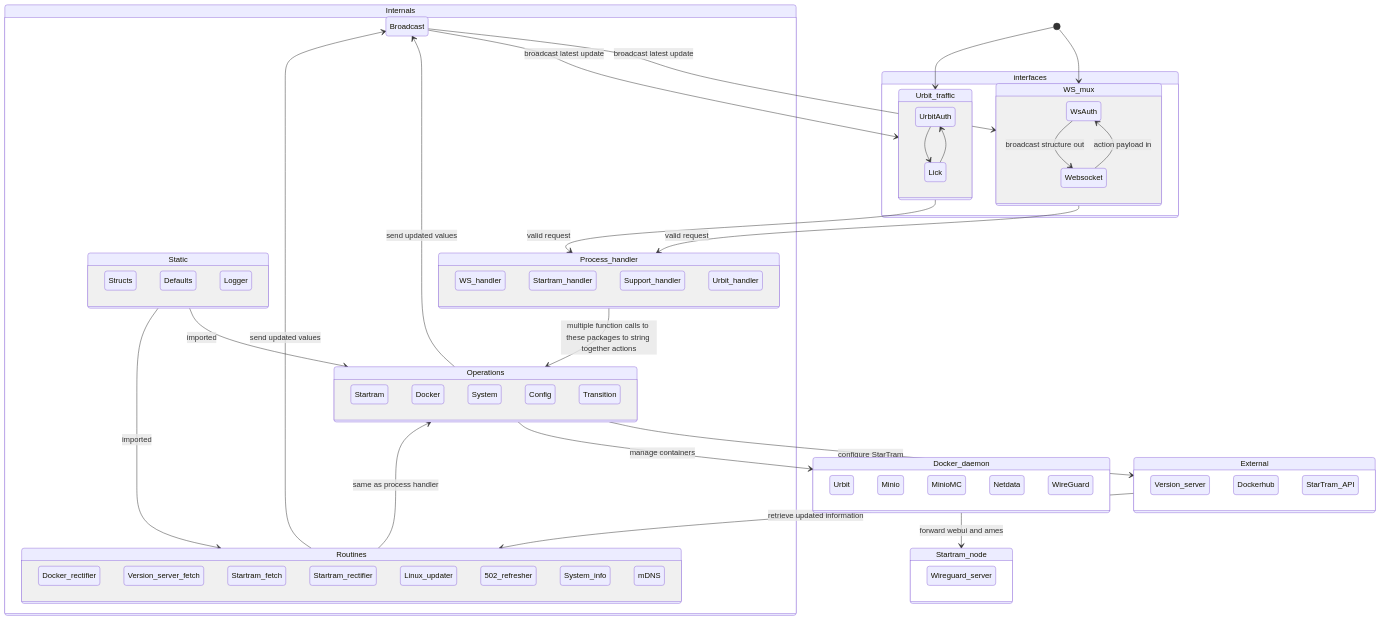
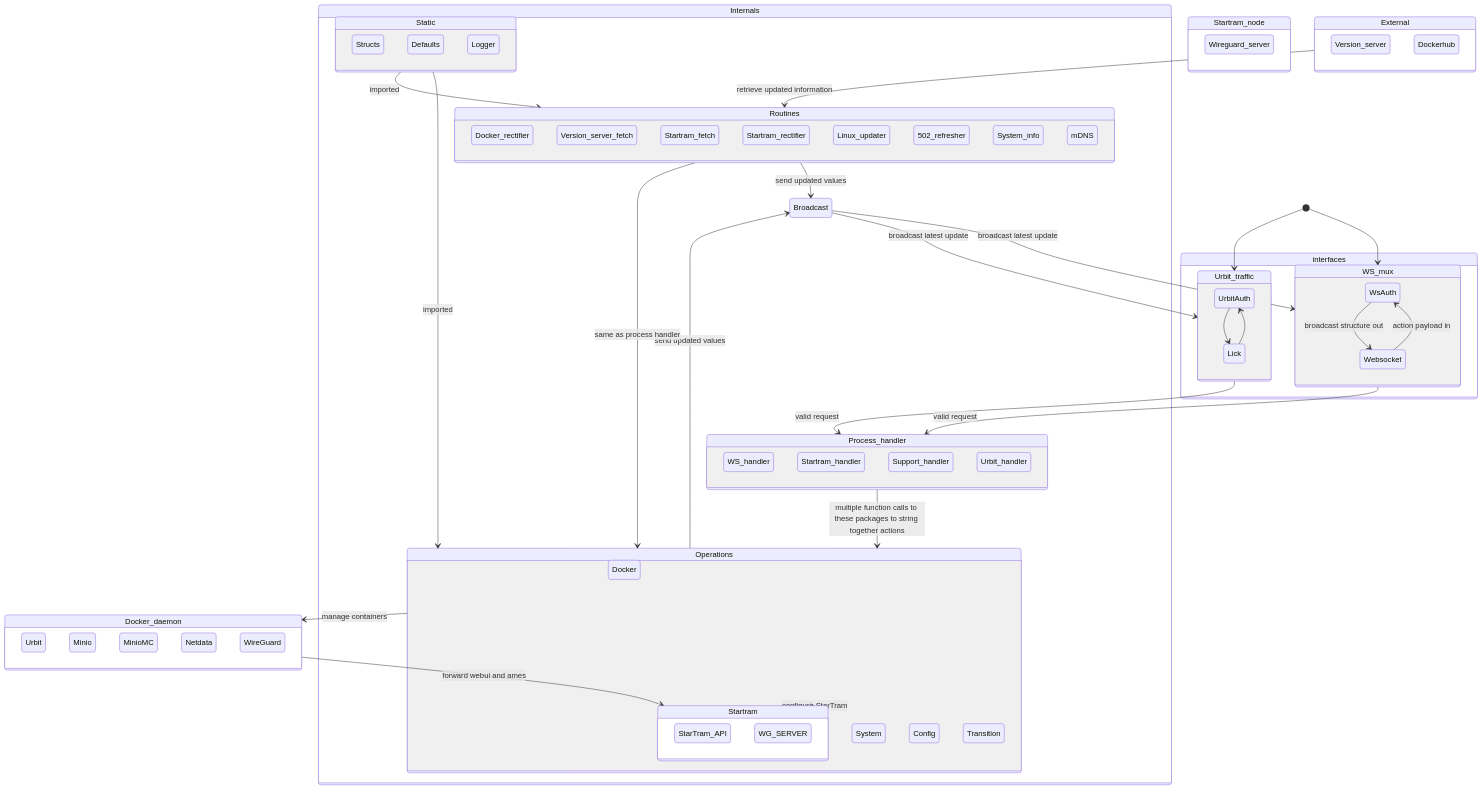
Before and after one commit to Native-Planet/GroundSeg: the diagram in goseg/readme.md, drawn with Mermaid.

````diff
--- a/goseg/readme.md
+++ b/goseg/readme.md
@@ -3,78 +3,81 @@
 ```mermaid
 stateDiagram-v2
     direction TB
     accTitle: Goseg package diagram
     accDescr: Interactions between packages in Groundseg Go rewrite
     classDef bcase fill:#f00,color:white,font-weight:bold,stroke-width:2px,stroke:yellow
     Broadcast-->WS_mux: broadcast latest update
     Broadcast-->Urbit_traffic: broadcast latest update
     Static-->Operations: imported
     Static-->Routines: imported
     state Startram_node {
         Wireguard_server
     }
     state Internals {
         state Static {
             Structs
             Defaults
             Logger
         }
         state Routines {
             Docker_rectifier
             Version_server_fetch
             Startram_fetch
             Startram_rectifier
             Linux_updater
             502_refresher
             System_info
             mDNS
         }
         state Operations {
             Startram
             Docker
             System
             Config
             Transition
         }
         state Process_handler {
             WS_handler
             Startram_handler
             Support_handler
             Urbit_handler
         }
         Process_handler-->Operations: multiple function calls to these packages to string together actions
         Operations-->Broadcast: send updated values
         Routines-->Broadcast: send updated values
     }
     [*]-->WS_mux
     [*]-->Urbit_traffic
     WS_mux-->Process_handler: valid request
     Urbit_traffic-->Process_handler: valid request
     Routines-->Operations: same as process handler
     state interfaces {
         state Urbit_traffic {
             UrbitAuth-->Lick
             Lick-->UrbitAuth
         }
         state WS_mux {
             WsAuth-->Websocket: broadcast structure out
             Websocket-->WsAuth: action payload in
         }
     }
     state External {
         Version_server
         Dockerhub
+    }
+    state Startram {
         StarTram_API
+        WG_SERVER
     }
     External-->Routines: retrieve updated information
-    Operations-->External: configure StarTram
+    Operations-->Startram: configure StarTram
     state Docker_daemon {
         Urbit
         Minio
         MinioMC
         Netdata
         WireGuard
     }
     Operations-->Docker_daemon: manage containers
-    Docker_daemon-->Startram_node: forward webui and ames
+    Docker_daemon-->Startram: forward webui and ames
 ```
````
